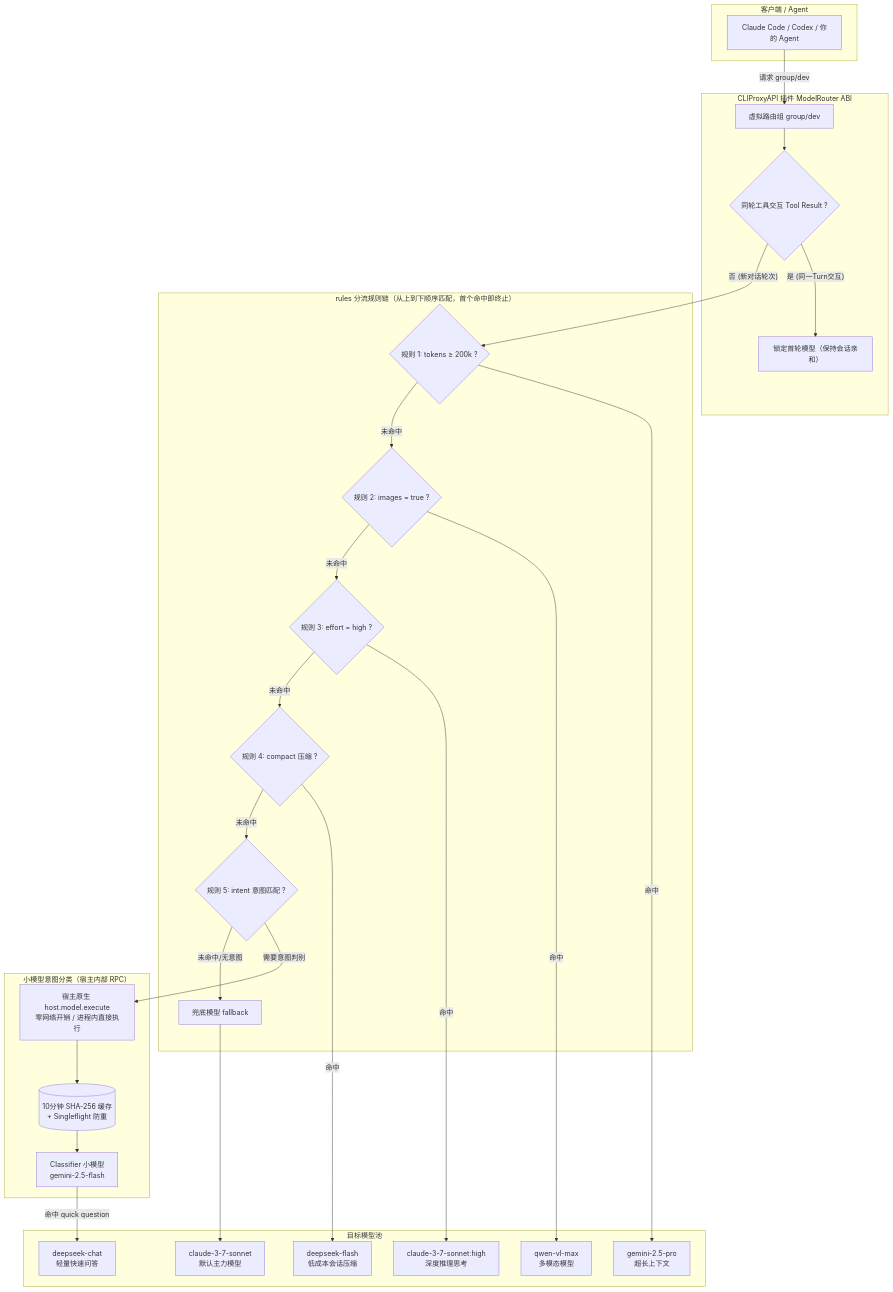
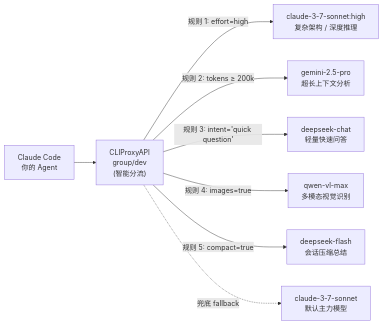
The diagram in README.md (claude-forward/cpa-intent-router), drawn with Mermaid before and after one commit.

Commit message:
docs(router): 简化 Mermaid 为直观的单一横向流向图

````diff
--- a/README.md
+++ b/README.md
@@ -9,56 +9,11 @@
 ```mermaid
-flowchart TD
-    subgraph Client ["客户端 / Agent"]
-        A["Claude Code / Codex / 你的 Agent"]
-    end
+flowchart LR
+    A["Claude Code<br/>你的 Agent"] --> B["CLIProxyAPI<br/>group/dev<br/>(智能分流)"]
 
-    subgraph Gateway ["CLIProxyAPI 插件 ModelRouter ABI"]
-        B["虚拟路由组 group/dev"]
-        S{"同轮工具交互 Tool Result ?"}
-        Lock["锁定首轮模型（保持会话亲和）"]
-    end
-
-    subgraph RuleChain ["rules 分流规则链（从上到下顺序匹配，首个命中即终止）"]
-        R1{"规则 1: tokens ≥ 200k ?"}
-        R2{"规则 2: images = true ?"}
-        R3{"规则 3: effort = high ?"}
-        R4{"规则 4: compact 压缩 ?"}
-        R5{"规则 5: intent 意图匹配 ?"}
-        Fallback["兜底模型 fallback"]
-    end
-
-    subgraph ClassifierEngine ["小模型意图分类（宿主内部 RPC）"]
-        RPC["宿主原生 host.model.execute<br/>零网络开销 / 进程内直接执行"]
-        C["Classifier 小模型<br/>gemini-2.5-flash"]
-        Cache[("10分钟 SHA-256 缓存<br/>+ Singleflight 防重")]
-    end
-
-    subgraph Targets ["目标模型池"]
-        M1["gemini-2.5-pro<br/>超长上下文"]
-        M2["qwen-vl-max<br/>多模态模型"]
-        M3["claude-3-7-sonnet:high<br/>深度推理思考"]
-        M4["deepseek-flash<br/>低成本会话压缩"]
-        M5["deepseek-chat<br/>轻量快速问答"]
-        M_FB["claude-3-7-sonnet<br/>默认主力模型"]
-    end
-
-    A -->|"请求 group/dev"| B
-    B --> S
-    S -- "是 (同一Turn交互)" --> Lock
-    S -- "否 (新对话轮次)" --> R1
-
-    R1 -- "命中" --> M1
-    R1 -- "未命中" --> R2
-    R2 -- "命中" --> M2
-    R2 -- "未命中" --> R3
-    R3 -- "命中" --> M3
-    R3 -- "未命中" --> R4
-    R4 -- "命中" --> M4
-    R4 -- "未命中" --> R5
-
-    R5 -- "需要意图判别" --> RPC
-    RPC --> Cache --> C
-    C -- "命中 quick question" --> M5
-
-    R5 -- "未命中/无意图" --> Fallback --> M_FB
+    B -->|"规则 1: effort=high"| M1["claude-3-7-sonnet:high<br/>复杂架构 / 深度推理"]
+    B -->|"规则 2: tokens ≥ 200k"| M2["gemini-2.5-pro<br/>超长上下文分析"]
+    B -->|"规则 3: intent='quick question'"| M3["deepseek-chat<br/>轻量快速问答"]
+    B -->|"规则 4: images=true"| M4["qwen-vl-max<br/>多模态视觉识别"]
+    B -->|"规则 5: compact=true"| M5["deepseek-flash<br/>会话压缩总结"]
+    B -.->|"兜底 fallback"| M0["claude-3-7-sonnet<br/>默认主力模型"]
 ```
````
